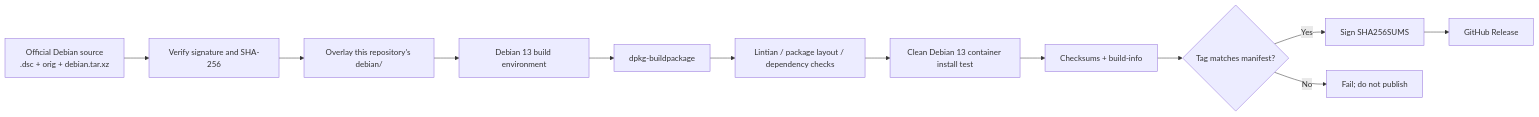
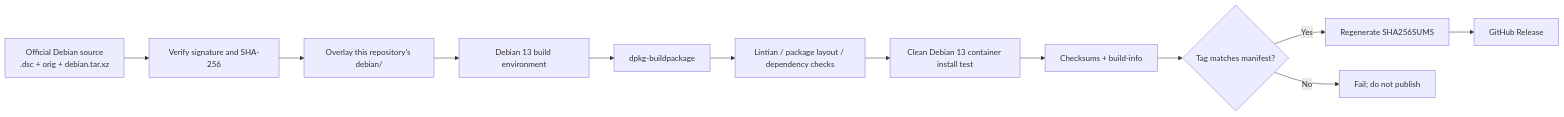
The diagram in README.md (luckzylp/kicad-debain13), drawn with Mermaid before and after one commit. The commit also changed other lines of this file and 7 other files, not shown here.

````diff
--- a/README.md
+++ b/README.md
@@ -96,14 +90,14 @@
 ```mermaid
 flowchart LR
   A[Official Debian source<br/>.dsc + orig + debian.tar.xz] --> B[Verify signature and SHA-256]
   B --> C[Overlay this repository's debian/]
   C --> D[Debian 13 build environment]
   D --> E[dpkg-buildpackage]
   E --> F[Lintian / package layout / dependency checks]
   F --> G[Clean Debian 13 container install test]
   G --> H[Checksums + build-info]
   H --> I{Tag matches manifest?}
-  I -->|Yes| J[Sign SHA256SUMS]
+  I -->|Yes| J[Regenerate SHA256SUMS]
   J --> K[GitHub Release]
   I -->|No| L[Fail; do not publish]
 ```
````
